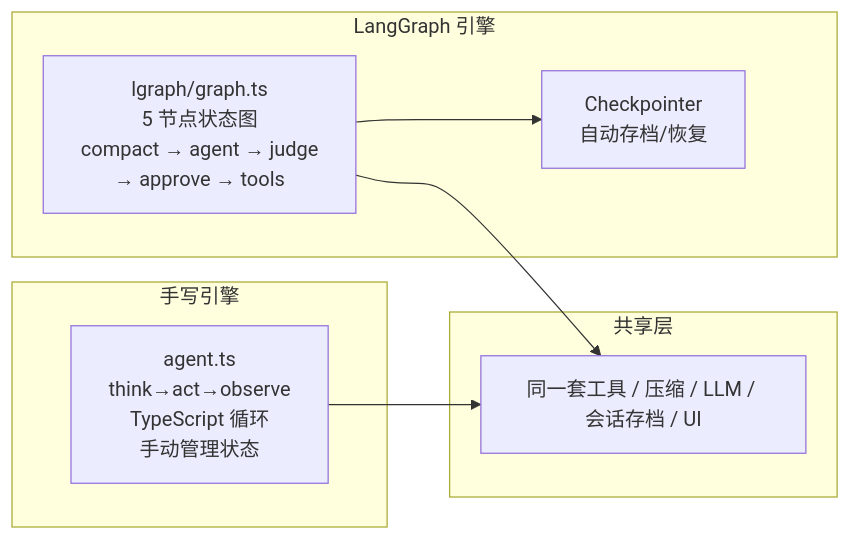
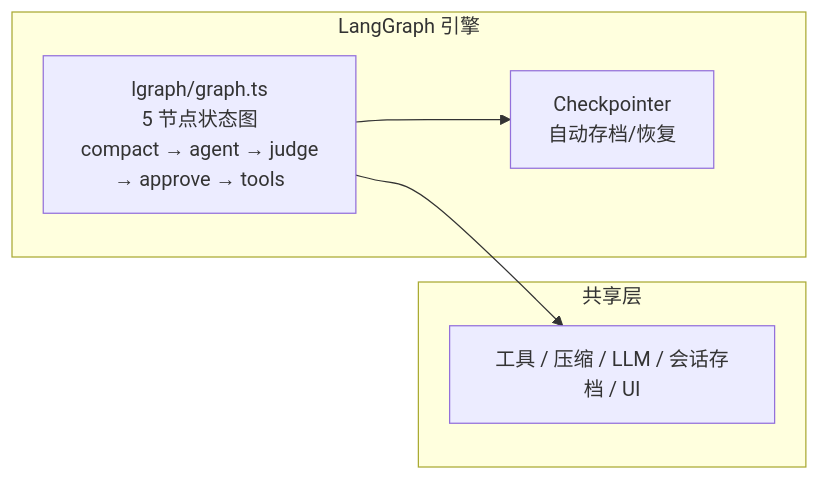
One commit to galis/Galaude changed the second of 5 diagrams in README.md. Above: the diagram before and after it, drawn with Mermaid. The commit also changed other lines of this file and 18 other files, not shown here.

````diff
--- a/README.md
+++ b/README.md
@@ -83,17 +75,13 @@
 ```mermaid
 graph LR
-    subgraph 手写引擎
-        HW_Loop["agent.ts<br/>think→act→observe<br/>TypeScript 循环<br/>手动管理状态"]
-    end
     subgraph LangGraph 引擎
         LG_Graph["lgraph/graph.ts<br/>5 节点状态图<br/>compact → agent → judge<br/>→ approve → tools"]
         LG_Check["Checkpointer<br/>自动存档/恢复"]
     end
     subgraph 共享层
-        Shared["同一套工具 / 压缩 / LLM / 会话存档 / UI"]
+        Shared["工具 / 压缩 / LLM / 会话存档 / UI"]
     end
 
-    HW_Loop --> Shared
     LG_Graph --> Shared
     LG_Graph --> LG_Check
 ```
````
